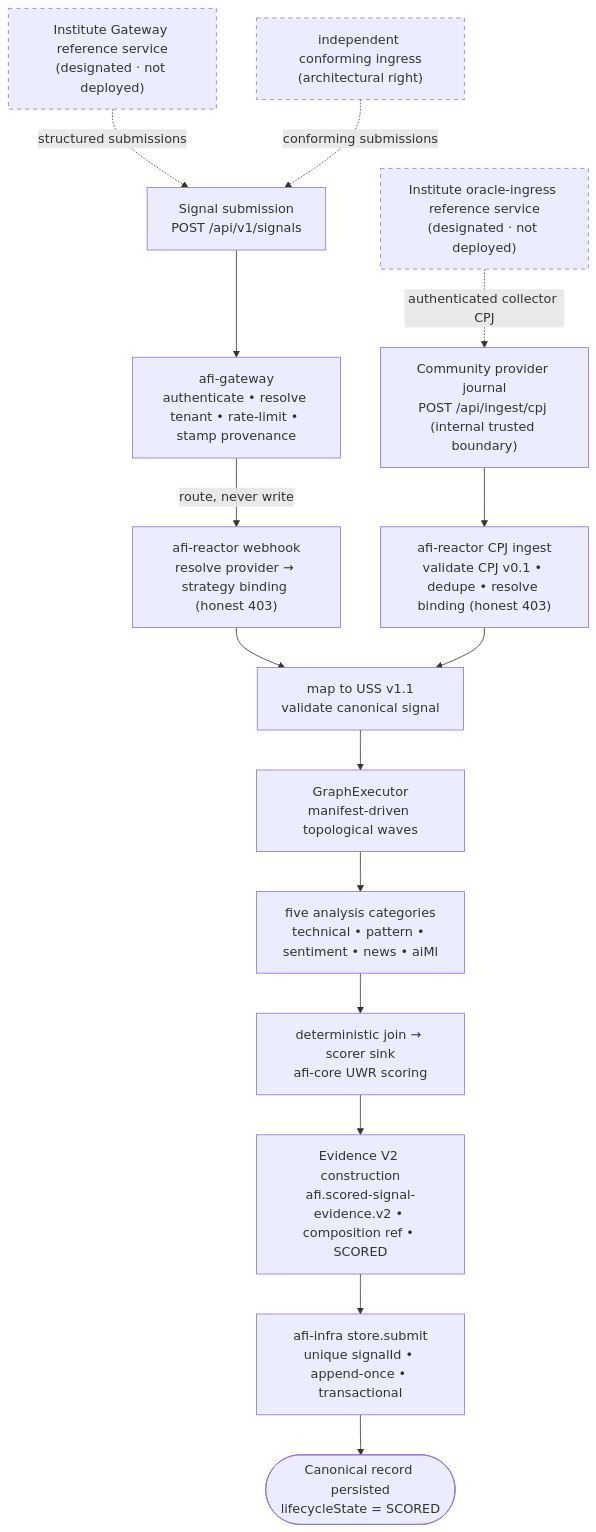
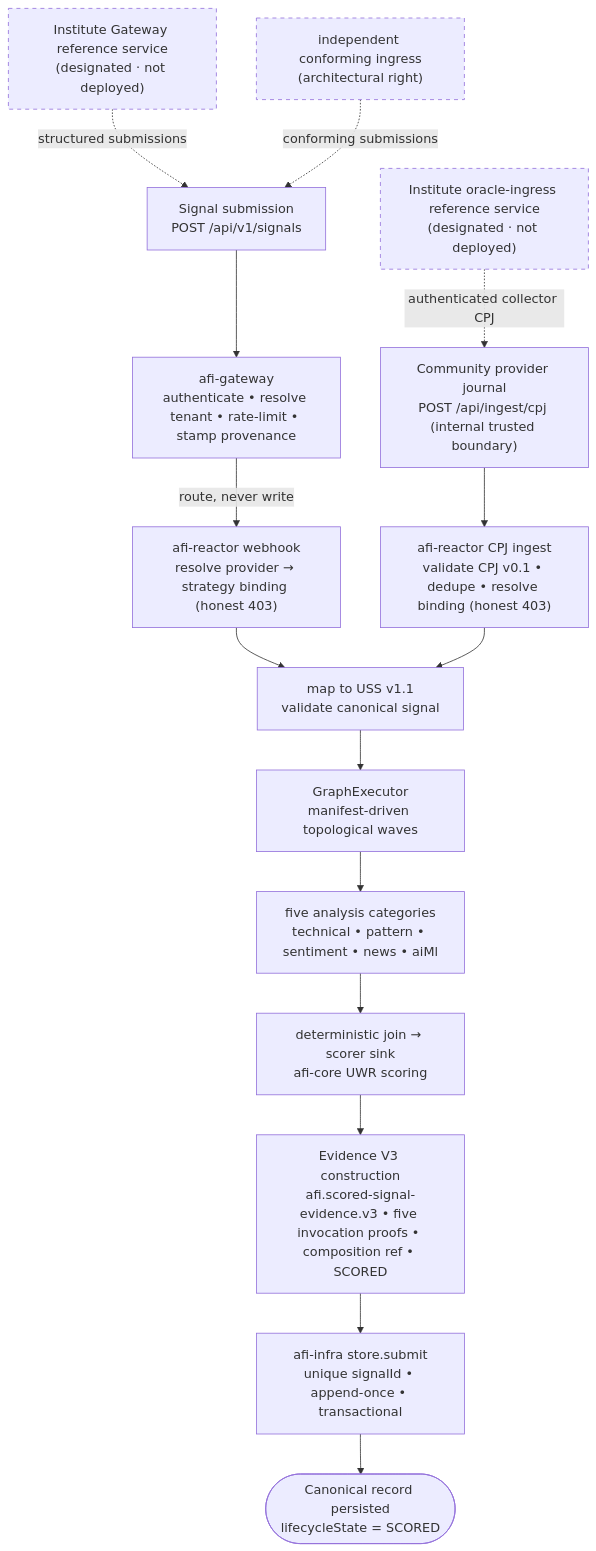
Before and after one commit to AFI-Protocol/afi-docs: the second of 3 diagrams in AFI_Full_Architecture.md, drawn with Mermaid. The commit also changed other lines of this file and 6 other files, not shown here.

First line of the commit message:
EV3-GOV: the one current architecture story is Evidence V3 (#29)

````diff
--- a/AFI_Full_Architecture.md
+++ b/AFI_Full_Architecture.md
@@ -233,20 +235,20 @@
 ```mermaid
 flowchart TD
     RG["Institute Gateway reference service<br/>(designated · not deployed)"] -. "structured submissions" .-> A
     IND["independent conforming ingress<br/>(architectural right)"] -. "conforming submissions" .-> A
     RO["Institute oracle-ingress reference service<br/>(designated · not deployed)"] -. "authenticated collector CPJ" .-> A2
     A["Signal submission<br/>POST /api/v1/signals"] --> B["afi-gateway<br/>authenticate • resolve tenant • rate-limit • stamp provenance"]
     B -->|"route, never write"| C["afi-reactor webhook<br/>resolve provider → strategy binding (honest 403)"]
     A2["Community provider journal<br/>POST /api/ingest/cpj (internal trusted boundary)"] --> C2["afi-reactor CPJ ingest<br/>validate CPJ v0.1 • dedupe • resolve binding (honest 403)"]
     C --> D["map to USS v1.1<br/>validate canonical signal"]
     C2 --> D
     D --> E["GraphExecutor<br/>manifest-driven topological waves"]
     E --> F["five analysis categories<br/>technical • pattern • sentiment • news • aiMl"]
     F --> G["deterministic join → scorer sink<br/>afi-core UWR scoring"]
-    G --> H["Evidence V2 construction<br/>afi.scored-signal-evidence.v2 • composition ref • SCORED"]
+    G --> H["Evidence V3 construction<br/>afi.scored-signal-evidence.v3 • five invocation proofs • composition ref • SCORED"]
     H --> I["afi-infra store.submit<br/>unique signalId • append-once • transactional"]
     I --> J(["Canonical record persisted<br/>lifecycleState = SCORED"])
     style RG stroke-dasharray: 5 5
     style RO stroke-dasharray: 5 5
     style IND stroke-dasharray: 5 5
 ```
````
